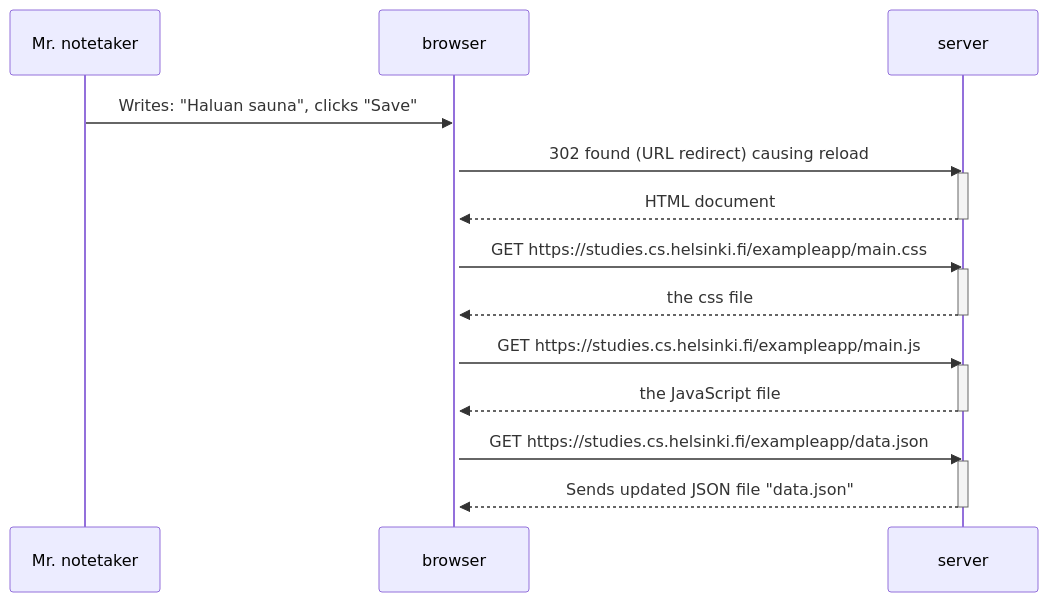
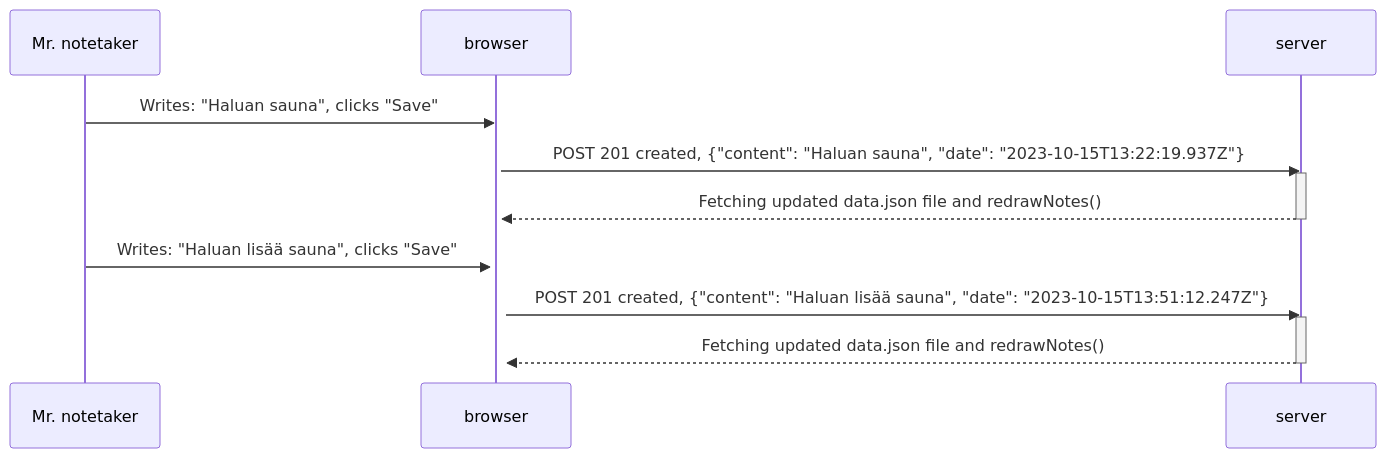
Before and after one commit to haavardmk/fullstackopen: the diagram in part0/0.6 diagram.md, drawn with Mermaid.

Commit message:
Update 0.6 diagram.md

````diff
--- a/part0/0.6 diagram.md
+++ b/part0/0.6 diagram.md
@@ -1,30 +1,23 @@
 ```mermaid
 sequenceDiagram
     participant Mr. notetaker
     participant browser
     participant server
 
     Mr. notetaker->>browser: Writes: "Haluan sauna", clicks "Save"
     activate browser
-    browser->>server: 302 found (URL redirect) causing reload
+    browser->>server: POST 201 created, {"content": "Haluan sauna", "date": "2023-10-15T13:22:19.937Z"}
     activate server
-    server-->>browser: HTML document
+    server-->>browser: Fetching updated data.json file and redrawNotes()
     deactivate server
 
-    browser->>server: GET https://studies.cs.helsinki.fi/exampleapp/main.css
+    Mr. notetaker->>browser: Writes: "Haluan lisää sauna", clicks "Save"
+    activate browser
+    browser->>server: POST 201 created, {"content": "Haluan lisää sauna", "date": "2023-10-15T13:51:12.247Z"}
     activate server
-    server-->>browser: the css file
-    deactivate server
-
-    browser->>server: GET https://studies.cs.helsinki.fi/exampleapp/main.js
-    activate server
-    server-->>browser: the JavaScript file
+    server-->>browser: Fetching updated data.json file and redrawNotes()
     deactivate server
 
 
-    browser->>server: GET https://studies.cs.helsinki.fi/exampleapp/data.json
-    activate server
-    server-->>browser: Sends updated JSON file "data.json"
-    deactivate server
 
 ```
````
